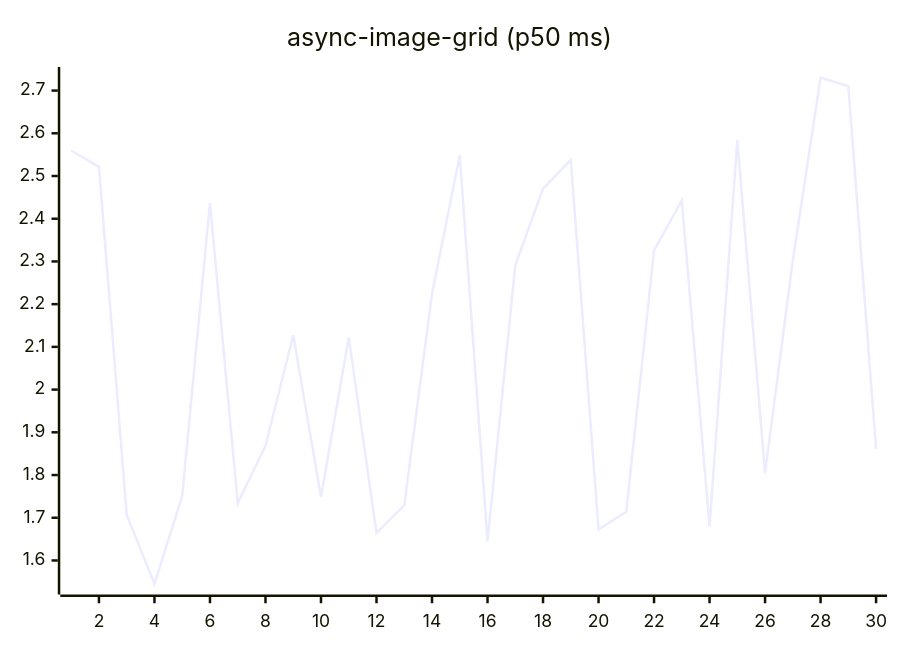
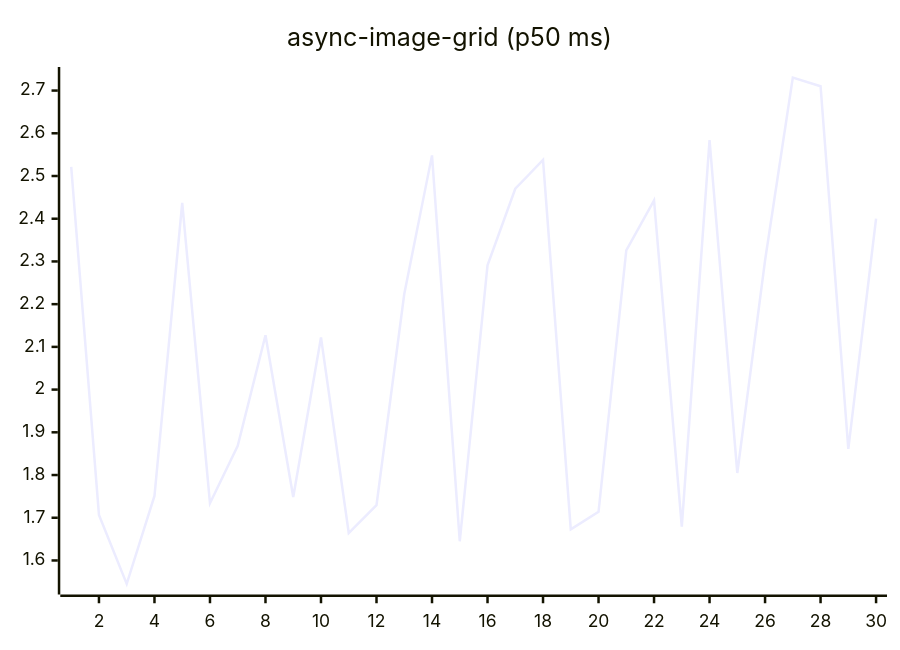
One commit to josha/Facet changed the fifth of 27 diagrams in README.md. Above: the diagram before and after it, drawn with Mermaid. The commit also changed other lines of this file and 2 other files, not shown here.

````diff
--- a/README.md
+++ b/README.md
@@ -91,6 +91,6 @@
 ```mermaid
 xychart-beta
     title "async-image-grid (p50 ms)"
     x-axis 1 --> 30
-    line [2.5597, 2.5214, 1.7066, 1.5452, 1.7512, 2.4372, 1.7341, 1.8684, 2.1272, 1.7487, 2.1221, 1.6642, 1.7295, 2.2238, 2.5483, 1.6449, 2.2910, 2.4702, 2.5376, 1.6727, 1.7140, 2.3260, 2.4429, 1.6792, 2.5838, 1.8048, 2.3022, 2.7303, 2.7101, 1.8610]
+    line [2.5214, 1.7066, 1.5452, 1.7512, 2.4372, 1.7341, 1.8684, 2.1272, 1.7487, 2.1221, 1.6642, 1.7295, 2.2238, 2.5483, 1.6449, 2.2910, 2.4702, 2.5376, 1.6727, 1.7140, 2.3260, 2.4429, 1.6792, 2.5838, 1.8048, 2.3022, 2.7303, 2.7101, 1.8610, 2.4003]
 ```
````
